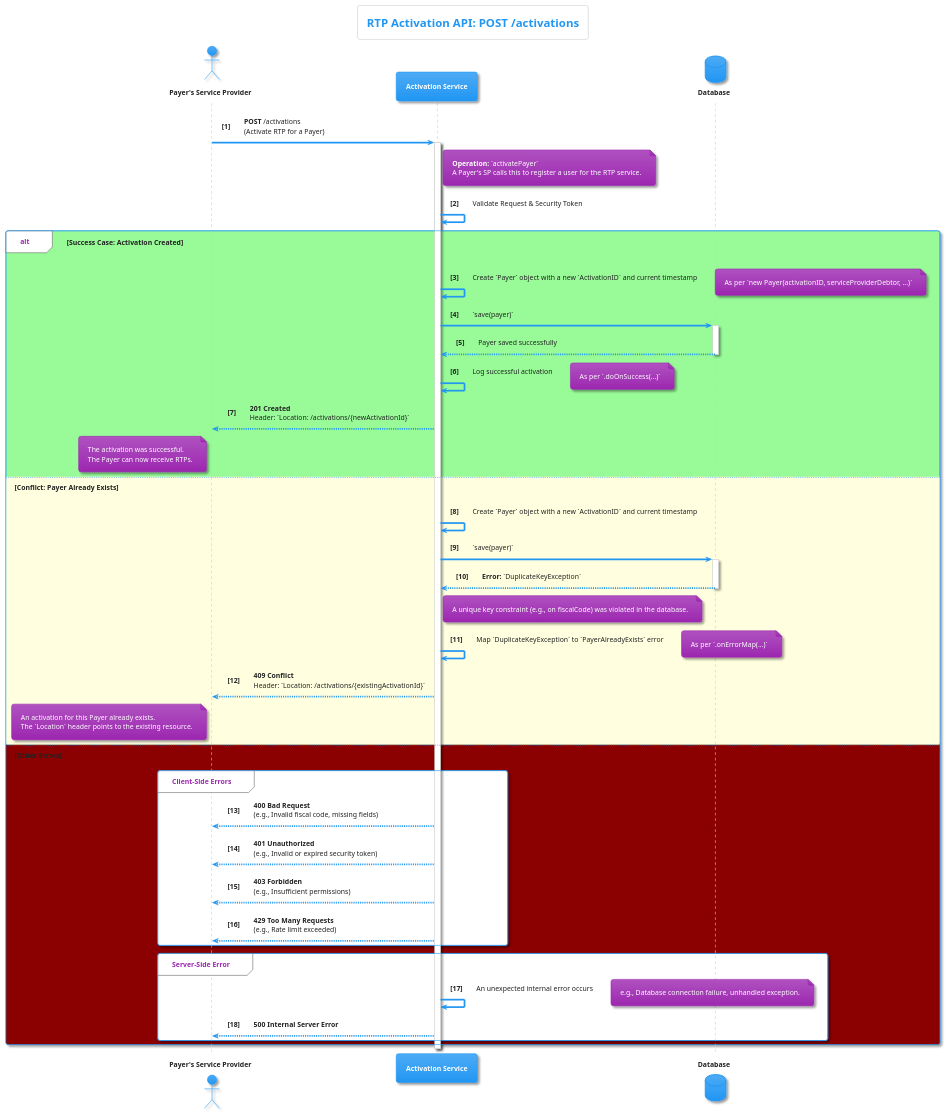
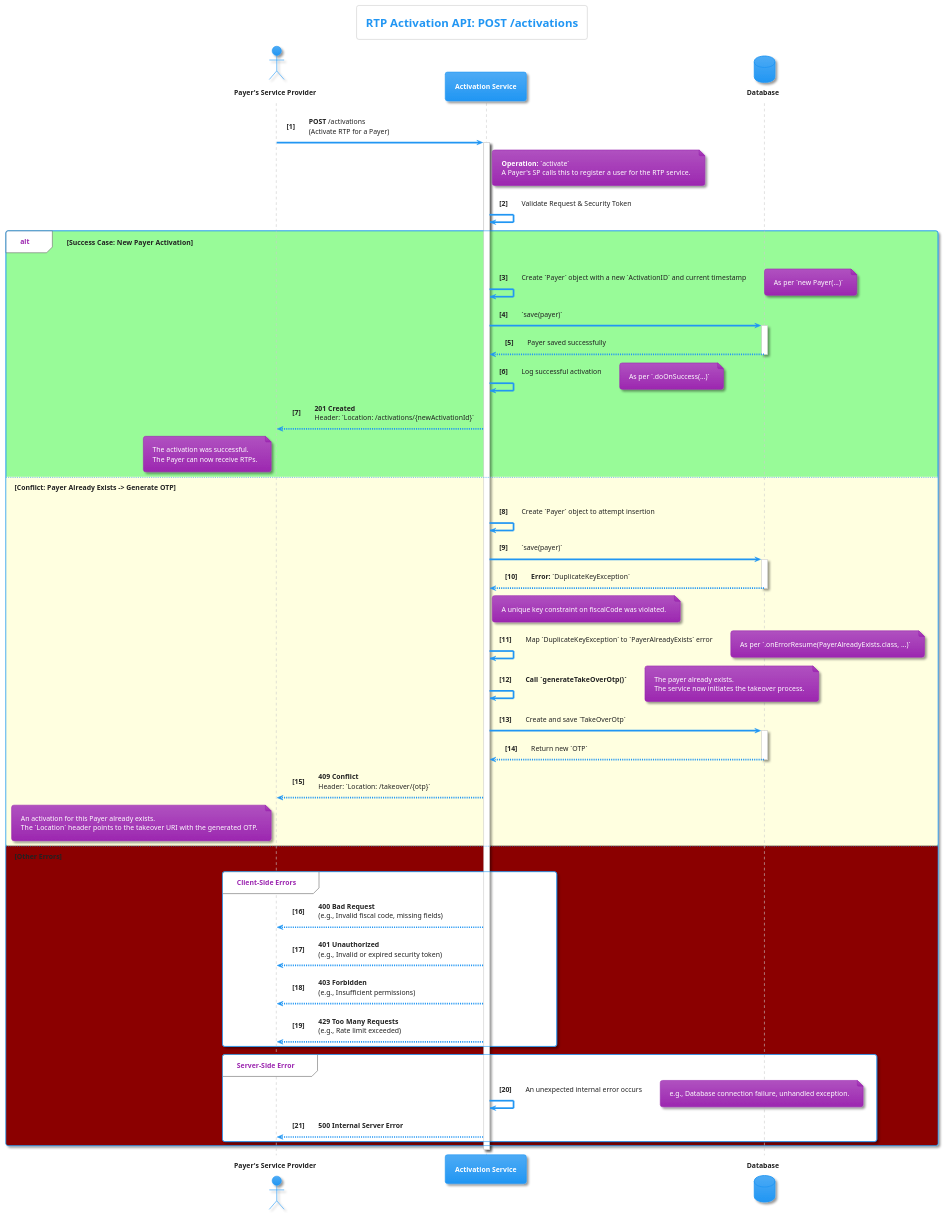
The diagram in diagrams/activation.puml (pagopa/rtp-docs), drawn with PlantUML before and after one commit. The commit also changed 3 other files, not shown here.

```diff
--- a/diagrams/activation.puml
+++ b/diagrams/activation.puml
@@ -1,85 +1,95 @@
 @startuml
 ' PlantUML Diagram for RTP Activation API
-' Title: Unified RTP Activation Sequence Diagram
-' Version: 2.0.0
-' Description: This diagram shows the detailed process for activating a Payer,
-'              mixing the API specification with the actual Java service logic.
+' Title: Unified RTP Activation Sequence Diagram with OTP Takeover
+' Version: 2.1.0
+' Description: This diagram shows the detailed process for activating a Payer.
+'              If the Payer already exists, a takeover OTP is generated.
 
 !theme materia
 
 title RTP Activation API: POST /activations
 
 actor "**Payer's Service Provider**" as PSP
 participant "**Activation Service**" as AS
 database "**Database**" as DB
 
 autonumber "<b>[0]"
 
 PSP -> AS: **POST** /activations\n(Activate RTP for a Payer)
 activate AS
 
 note right of AS
-  **Operation:** `activatePayer`
+  **Operation:** `activate`
   A Payer's SP calls this to register a user for the RTP service.
 end note
 
 AS -> AS: Validate Request & Security Token
 
-alt #palegreen **Success Case: Activation Created**
+alt #palegreen **Success Case: New Payer Activation**
 
     AS -> AS: Create `Payer` object with a new `ActivationID` and current timestamp
-    note right: As per `new Payer(activationID, serviceProviderDebtor, ...)`
+    note right: As per `new Payer(...)`
 
     AS -> DB: `save(payer)`
     activate DB
     DB --> AS: Payer saved successfully
     deactivate DB
 
     AS -> AS: Log successful activation
     note right: As per `.doOnSuccess(...)`
 
     AS --> PSP: **201 Created**\nHeader: `Location: /activations/{newActivationId}`
     note left of PSP
         The activation was successful.
         The Payer can now receive RTPs.
     end note
 
-else #lightyellow **Conflict: Payer Already Exists**
+else #lightyellow **Conflict: Payer Already Exists -> Generate OTP**
 
-    AS -> AS: Create `Payer` object with a new `ActivationID` and current timestamp
+    AS -> AS: Create `Payer` object to attempt insertion
 
     AS -> DB: `save(payer)`
     activate DB
     DB --> AS: **Error:** `DuplicateKeyException`
     deactivate DB
-    note right of AS: A unique key constraint (e.g., on fiscalCode) was violated in the database.
+    note right of AS: A unique key constraint on fiscalCode was violated.
 
     AS -> AS: Map `DuplicateKeyException` to `PayerAlreadyExists` error
-    note right: As per `.onErrorMap(...)`
+    note right: As per `.onErrorResume(PayerAlreadyExists.class, ...)`
 
-    AS --> PSP: **409 Conflict**\nHeader: `Location: /activations/{existingActivationId}`
+    AS -> AS: **Call `generateTakeOverOtp()`**
+    note right
+        The payer already exists.
+        The service now initiates the takeover process.
+    end note
+
+    AS -> DB: Create and save `TakeOverOtp`
+    activate DB
+    DB --> AS: Return new `OTP`
+    deactivate DB
+
+    AS --> PSP: **409 Conflict**\nHeader: `Location: /takeover/{otp}`
     note left of PSP
         An activation for this Payer already exists.
-        The `Location` header points to the existing resource.
+        The `Location` header points to the takeover URI with the generated OTP.
     end note
 
 else #darkred **Other Errors**
 
     group Client-Side Errors
         AS --> PSP: **400 Bad Request**\n(e.g., Invalid fiscal code, missing fields)
         AS --> PSP: **401 Unauthorized**\n(e.g., Invalid or expired security token)
         AS --> PSP: **403 Forbidden**\n(e.g., Insufficient permissions)
         AS --> PSP: **429 Too Many Requests**\n(e.g., Rate limit exceeded)
     end group
 
     group Server-Side Error
         AS -> AS: An unexpected internal error occurs
         note right: e.g., Database connection failure, unhandled exception.
         AS --> PSP: **500 Internal Server Error**
     end group
 
 end
 
 deactivate AS
-
 @enduml
```
